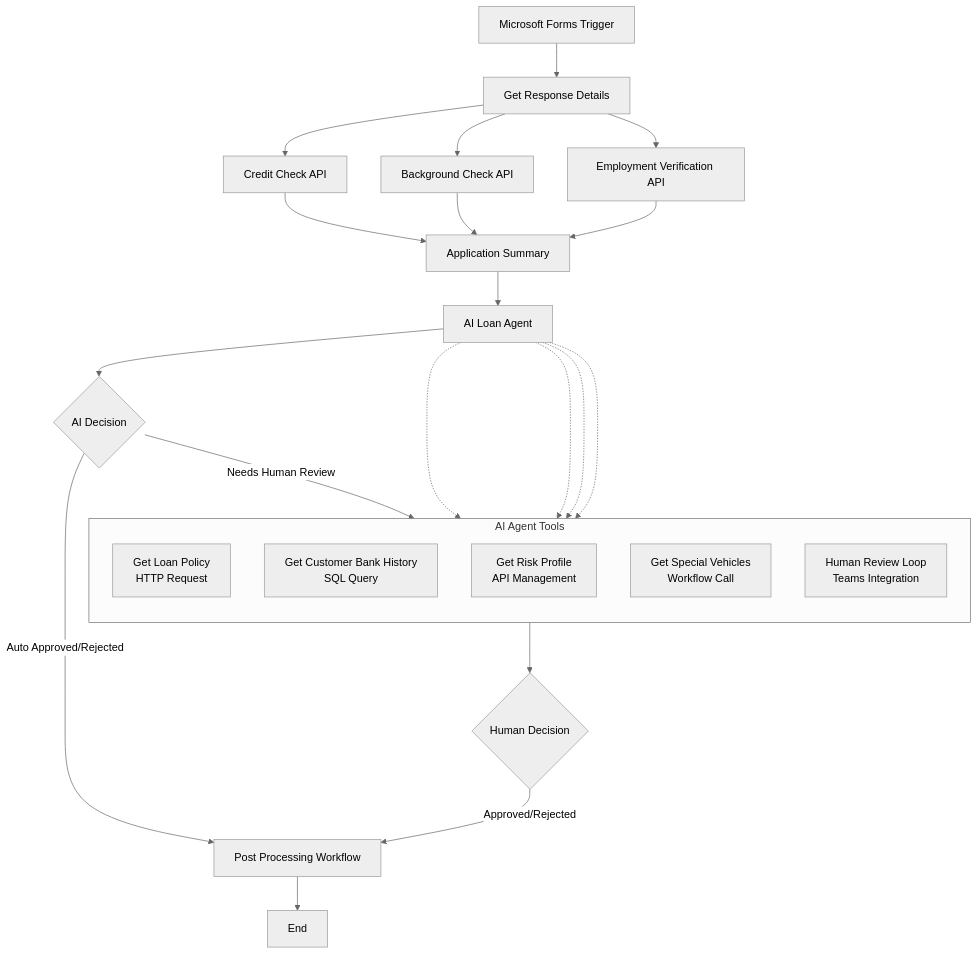
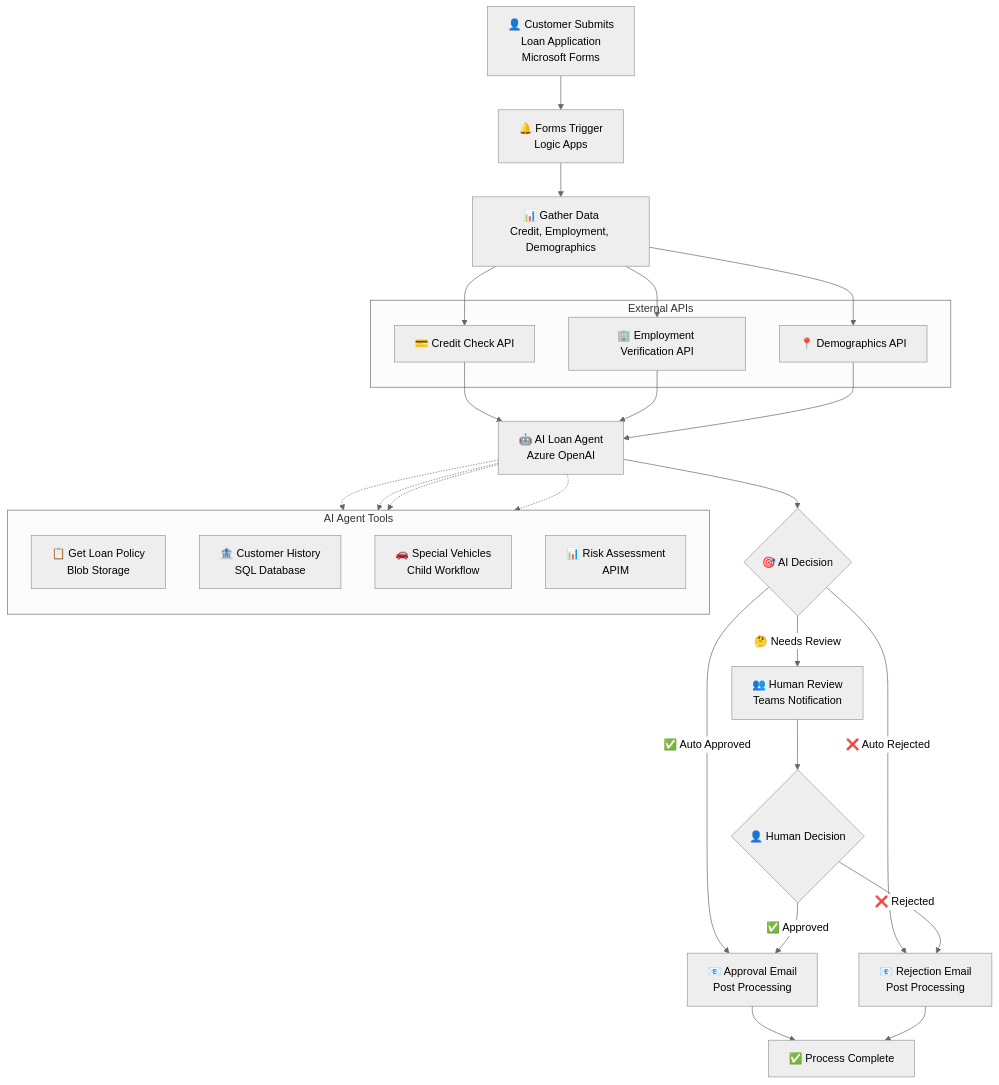
The first of 3 diagrams in samples/ai-loan-agent-sample/README.md (modularity/logicapps-labs), drawn with Mermaid (neutral theme) before and after one commit. The commit also changed other lines of this file and 13 other files, not shown here.

Commit message:
update AI Loan Agent deployment with demo resources and step sequence

````diff
--- a/samples/ai-loan-agent-sample/README.md
+++ b/samples/ai-loan-agent-sample/README.md
@@ -331,32 +199,45 @@
 ```mermaid
 flowchart TD
-    A[Microsoft Forms Trigger] --> B[Get Response Details]
-    B --> C[Credit Check API]
-    B --> D[Background Check API]  
-    B --> E[Employment Verification API]
-    C --> F[Application Summary]
-    D --> F
-    E --> F
-    F --> G[AI Loan Agent]
+    A[👤 Customer Submits<br/>Loan Application<br/>Microsoft Forms] --> B[🔔 Forms Trigger<br/>Logic Apps]
+    B --> C[📊 Gather Data<br/>Credit, Employment, Demographics]
+    
+    subgraph "External APIs"
+        D[💳 Credit Check API]
+        E[🏢 Employment Verification API]
+        F[📍 Demographics API]
+    end
+    
+    C --> D
+    C --> E
+    C --> F
+    
+    D --> G[🤖 AI Loan Agent<br/>Azure OpenAI]
+    E --> G
+    F --> G
     
     subgraph "AI Agent Tools"
         direction TB
-        H[Get Loan Policy<br/>HTTP Request]
-        I[Get Customer Bank History<br/>SQL Query]
-        J[Get Risk Profile<br/>API Management]
-        K[Get Special Vehicles<br/>Workflow Call]
-        L[Human Review Loop<br/>Teams Integration]
+        H[📋 Get Loan Policy<br/>Blob Storage]
+        I[🏦 Customer History<br/>SQL Database]
+        J[🚗 Special Vehicles<br/>Child Workflow]
+        K[📊 Risk Assessment<br/>APIM]
     end
     
     G -.-> H
     G -.-> I
     G -.-> J
     G -.-> K
-    G --> M{AI Decision}
     
-    M -->|Needs Human Review| L
-    M -->|Auto Approved/Rejected| N[Post Processing Workflow]
-    L --> O{Human Decision}
-    O -->|Approved/Rejected| N
-    N --> P[End]
+    G --> L{🎯 AI Decision}
+    
+    L -->|✅ Auto Approved| M[📧 Approval Email<br/>Post Processing]
+    L -->|❌ Auto Rejected| N[📧 Rejection Email<br/>Post Processing]
+    L -->|🤔 Needs Review| O[👥 Human Review<br/>Teams Notification]
+    
+    O --> P{👤 Human Decision}
+    P -->|✅ Approved| M
+    P -->|❌ Rejected| N
+    
+    M --> Q[✅ Process Complete]
+    N --> Q
 ```
````
